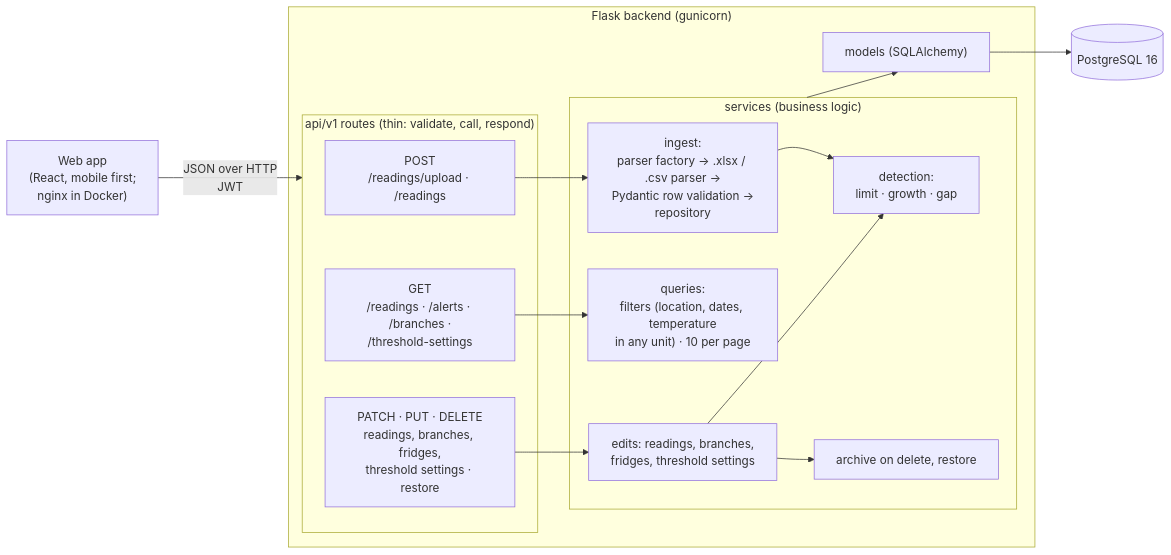
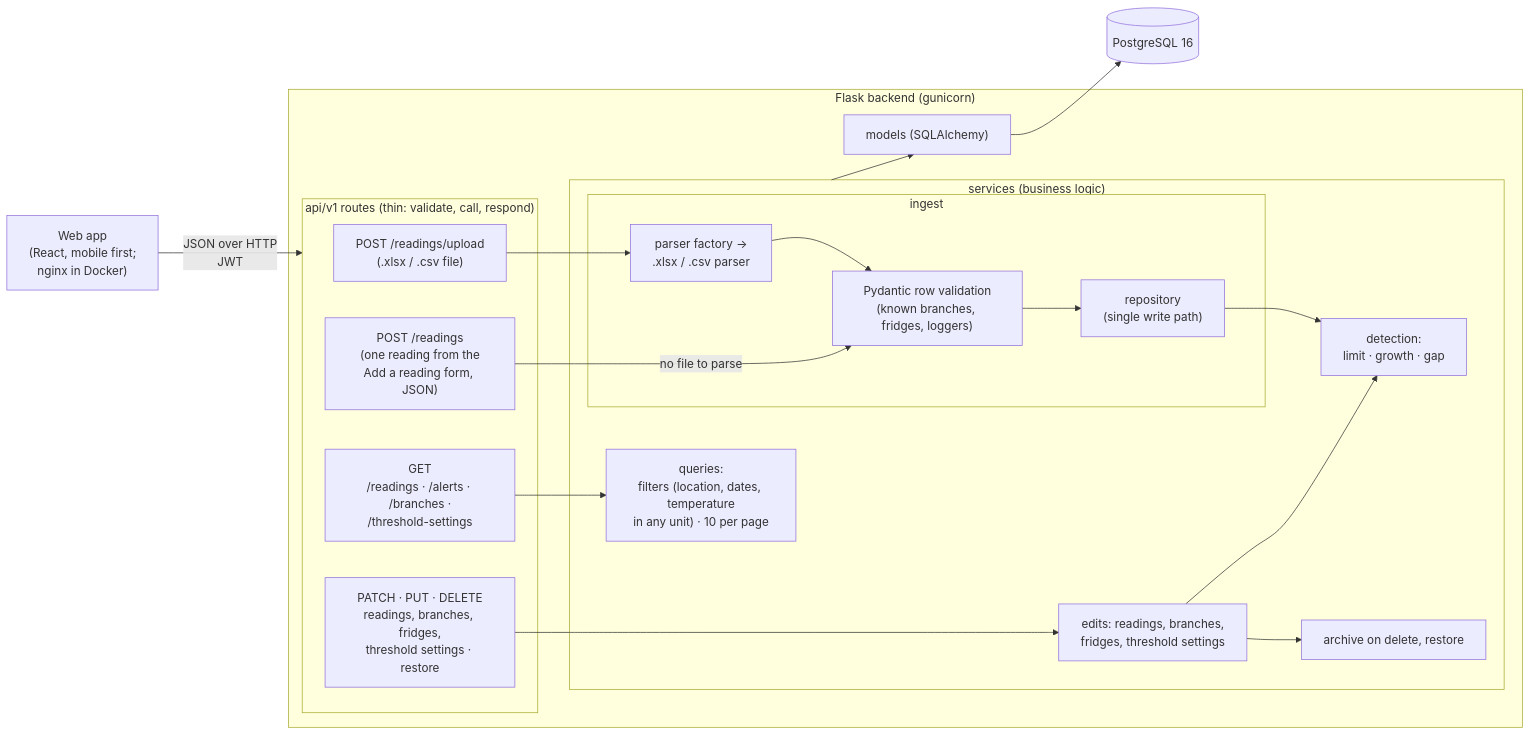
One commit to YonatanHen/squanchy-bakery-tracker changed the first of 2 diagrams in README.md. Above: the diagram before and after it, drawn with Mermaid. The commit also changed other lines of this file, not shown here.

Commit message:
README: architecture shows the single-reading POST that skips the file parser

````diff
--- a/README.md
+++ b/README.md
@@ -74,26 +74,33 @@
 ```mermaid
 flowchart LR
     UI["Web app<br/>(React, mobile first;<br/>nginx in Docker)"] -->|"JSON over HTTP<br/>JWT"| API
     subgraph Backend["Flask backend (gunicorn)"]
         subgraph API["api/v1 routes (thin: validate, call, respond)"]
-            POST["POST<br/>/readings/upload · /readings"]
+            UPL["POST /readings/upload<br/>(.xlsx / .csv file)"]
+            ONE["POST /readings<br/>(one reading from the<br/>Add a reading form, JSON)"]
             GET["GET<br/>/readings · /alerts · /branches ·<br/>/threshold-settings"]
             EDIT["PATCH · PUT · DELETE<br/>readings, branches, fridges,<br/>threshold settings · restore"]
         end
         subgraph SVC["services (business logic)"]
-            ING["ingest:<br/>parser factory → .xlsx / .csv parser →<br/>Pydantic row validation →<br/>repository"]
+            subgraph ING["ingest"]
+                PARSE["parser factory →<br/>.xlsx / .csv parser"]
+                VAL["Pydantic row validation<br/>(known branches, fridges, loggers)"]
+                REPO["repository<br/>(single write path)"]
+                PARSE --> VAL --> REPO
+            end
             QRY["queries:<br/>filters (location, dates, temperature<br/>in any unit) · 10 per page"]
             CHG["edits: readings, branches,<br/>fridges, threshold settings"]
             DET["detection:<br/>limit · growth · gap"]
             ARC["archive on delete, restore"]
         end
-        POST --> ING
+        UPL --> PARSE
+        ONE -->|"no file to parse"| VAL
         GET --> QRY
         EDIT --> CHG
-        ING --> DET
+        REPO --> DET
         CHG --> DET
         CHG --> ARC
         SVC --> MOD["models (SQLAlchemy)"]
     end
     MOD --> DB[("PostgreSQL 16")]
 ```
````
